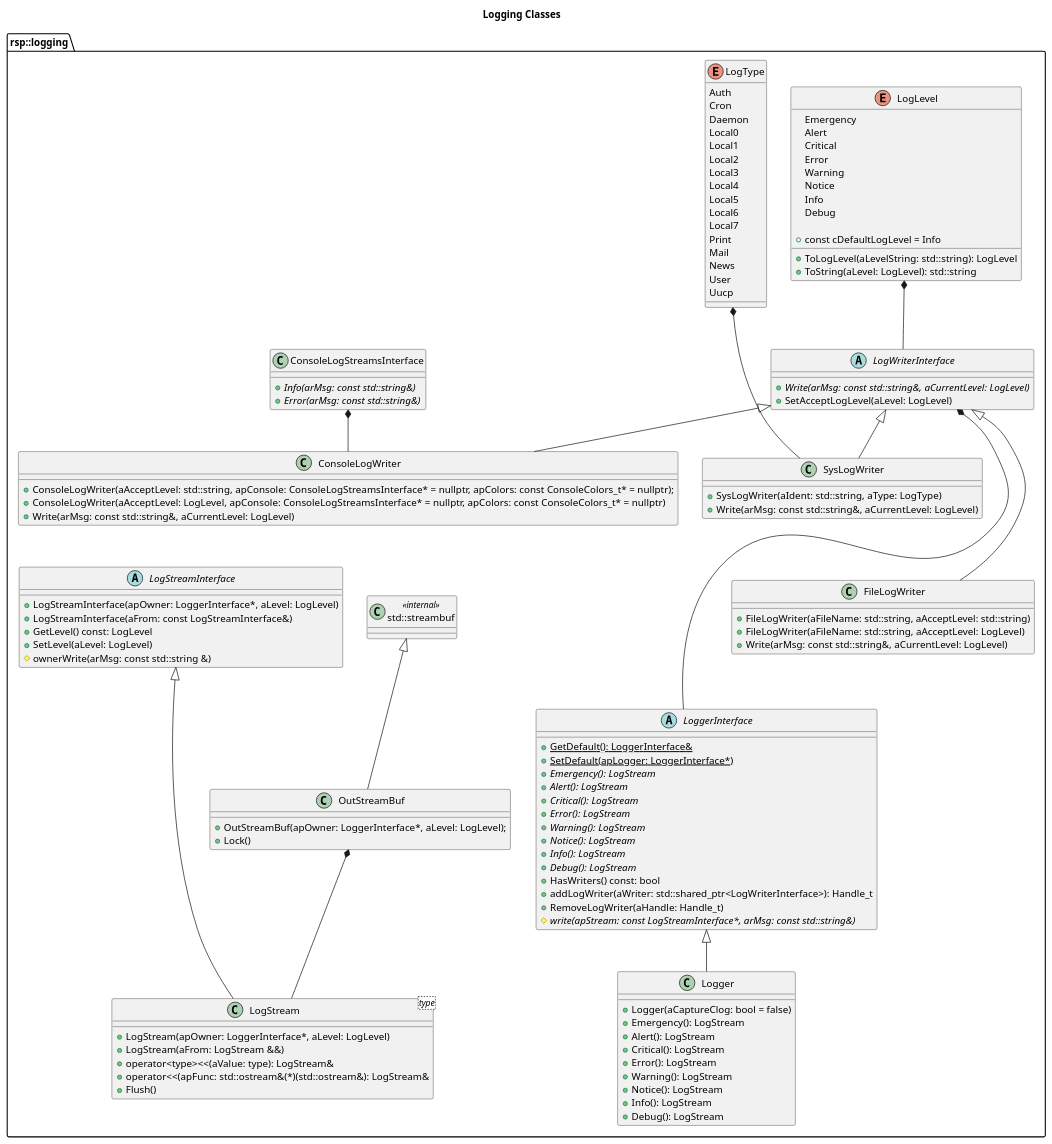
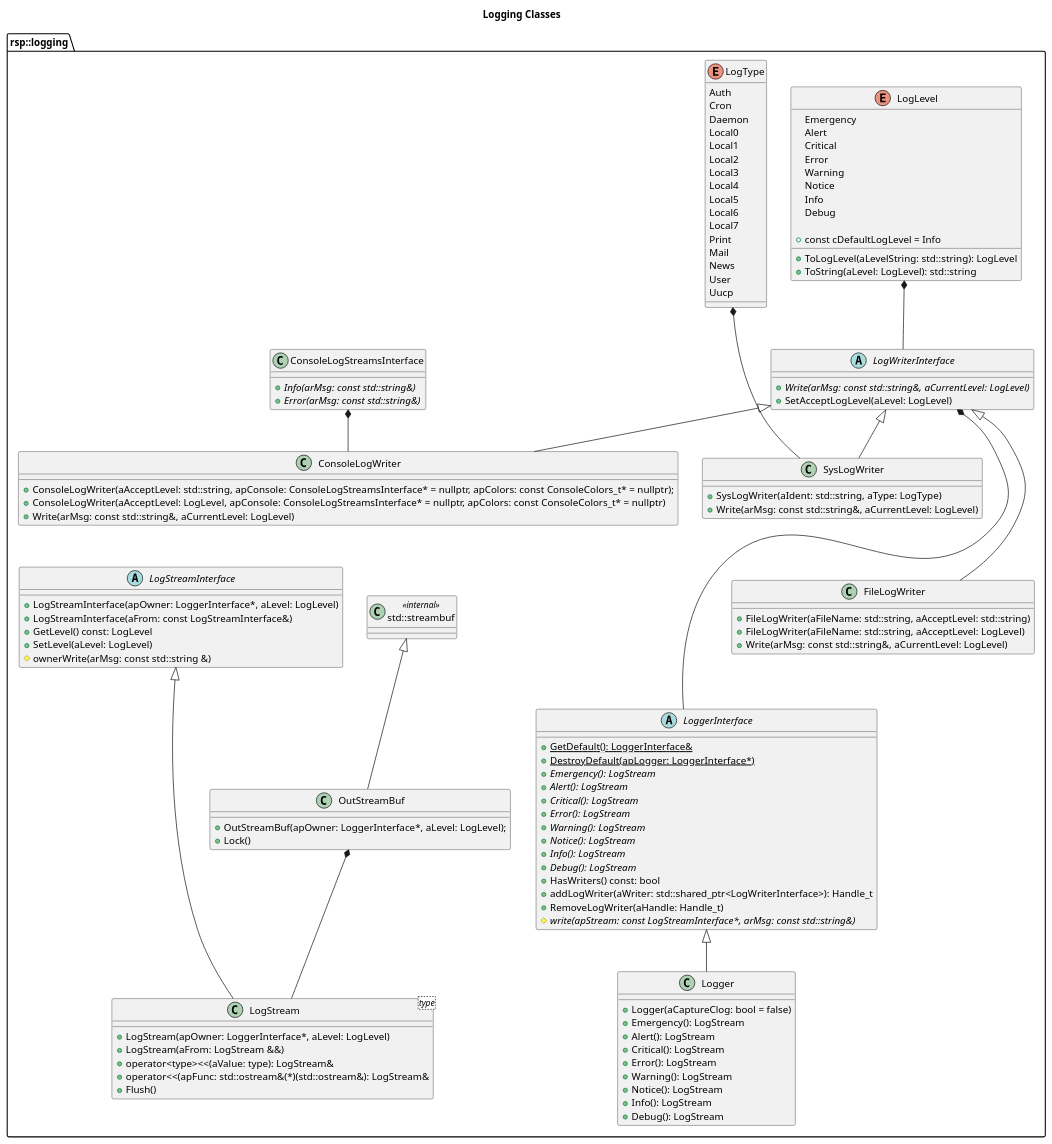
Before and after one commit to rsps/rsp-core-library: the diagram in docs/uml/Logging Classes.puml, drawn with PlantUML. The commit also changed 29 other files, not shown here.

```diff
--- a/docs/uml/Logging Classes.puml
+++ b/docs/uml/Logging Classes.puml
@@ -1,143 +1,143 @@
 @startuml
 
 
 title Logging Classes
 
 namespace rsp::logging {
 
 enum LogLevel {
     Emergency
     Alert
     Critical
     Error
     Warning
     Notice
     Info
     Debug
 
     +const cDefaultLogLevel = Info
     +ToLogLevel(aLevelString: std::string): LogLevel
     +ToString(aLevel: LogLevel): std::string
 }
 
 enum LogType {
     Auth
     Cron
     Daemon
     Local0
     Local1
     Local2
     Local3
     Local4
     Local5
     Local6
     Local7
     Print
     Mail
     News
     User
     Uucp
 }
 
 abstract LoggerInterface {
     +{static} GetDefault(): LoggerInterface&
-    +{static} SetDefault(apLogger: LoggerInterface*)
+    +{static} DestroyDefault(apLogger: LoggerInterface*)
     +{abstract} Emergency(): LogStream
     +{abstract} Alert(): LogStream
     +{abstract} Critical(): LogStream
     +{abstract} Error(): LogStream
     +{abstract} Warning(): LogStream
     +{abstract} Notice(): LogStream
     +{abstract} Info(): LogStream
     +{abstract} Debug(): LogStream
     +HasWriters() const: bool
     +addLogWriter(aWriter: std::shared_ptr<LogWriterInterface>): Handle_t
     +RemoveLogWriter(aHandle: Handle_t)
     #{abstract} write(apStream: const LogStreamInterface*, arMsg: const std::string&)
 }
 
 abstract LogStreamInterface {
     +LogStreamInterface(apOwner: LoggerInterface*, aLevel: LogLevel)
     +LogStreamInterface(aFrom: const LogStreamInterface&)
     +GetLevel() const: LogLevel
     +SetLevel(aLevel: LogLevel)
     #ownerWrite(arMsg: const std::string &)
 }
 
 abstract LogWriterInterface {
     +{abstract} Write(arMsg: const std::string&, aCurrentLevel: LogLevel)
     +SetAcceptLogLevel(aLevel: LogLevel)
 }
 
 class LogStream<type> {
     +LogStream(apOwner: LoggerInterface*, aLevel: LogLevel)
     +LogStream(aFrom: LogStream &&)
     +operator<type><<(aValue: type): LogStream&
     +operator<<(apFunc: std::ostream&(*)(std::ostream&): LogStream&
     +Flush()
 }
 
 class Logger {
     +Logger(aCaptureClog: bool = false)
     +Emergency(): LogStream
     +Alert(): LogStream
     +Critical(): LogStream
     +Error(): LogStream
     +Warning(): LogStream
     +Notice(): LogStream
     +Info(): LogStream
     +Debug(): LogStream
 }
 
 class streambuf as "std::streambuf" <<internal>>
 
 class OutStreamBuf {
     +OutStreamBuf(apOwner: LoggerInterface*, aLevel: LogLevel);
     +Lock()
 }
 
 class ConsoleLogStreamsInterface {
     +{abstract} Info(arMsg: const std::string&)
     +{abstract} Error(arMsg: const std::string&)
 }
 
 class ConsoleLogWriter {
     +ConsoleLogWriter(aAcceptLevel: std::string, apConsole: ConsoleLogStreamsInterface* = nullptr, apColors: const ConsoleColors_t* = nullptr);
     +ConsoleLogWriter(aAcceptLevel: LogLevel, apConsole: ConsoleLogStreamsInterface* = nullptr, apColors: const ConsoleColors_t* = nullptr)
     +Write(arMsg: const std::string&, aCurrentLevel: LogLevel)
 
 }
 
 class SysLogWriter {
     +SysLogWriter(aIdent: std::string, aType: LogType)
     +Write(arMsg: const std::string&, aCurrentLevel: LogLevel)
 }
 
 class FileLogWriter {
     +FileLogWriter(aFileName: std::string, aAcceptLevel: std::string)
     +FileLogWriter(aFileName: std::string, aAcceptLevel: LogLevel)
     +Write(arMsg: const std::string&, aCurrentLevel: LogLevel)
 }
 
 streambuf <|-- OutStreamBuf
 LoggerInterface <|-- Logger
 LogStreamInterface <|--- LogStream
 OutStreamBuf *-- LogStream
 
 LogWriterInterface <|-- ConsoleLogWriter
 LogWriterInterface <|-- SysLogWriter
 LogWriterInterface <|--- FileLogWriter
 LogType *--- SysLogWriter
 LogLevel *-- LogWriterInterface
 
 ConsoleLogStreamsInterface *-- ConsoleLogWriter
 
 LogWriterInterface *---- LoggerInterface
 
 'LogStream <-[hidden]- LoggerInterface
 ConsoleLogWriter <-[hidden]- LogStreamInterface
 ConsoleLogWriter <-[hidden]- streambuf
 
 }
 
 @enduml
```
